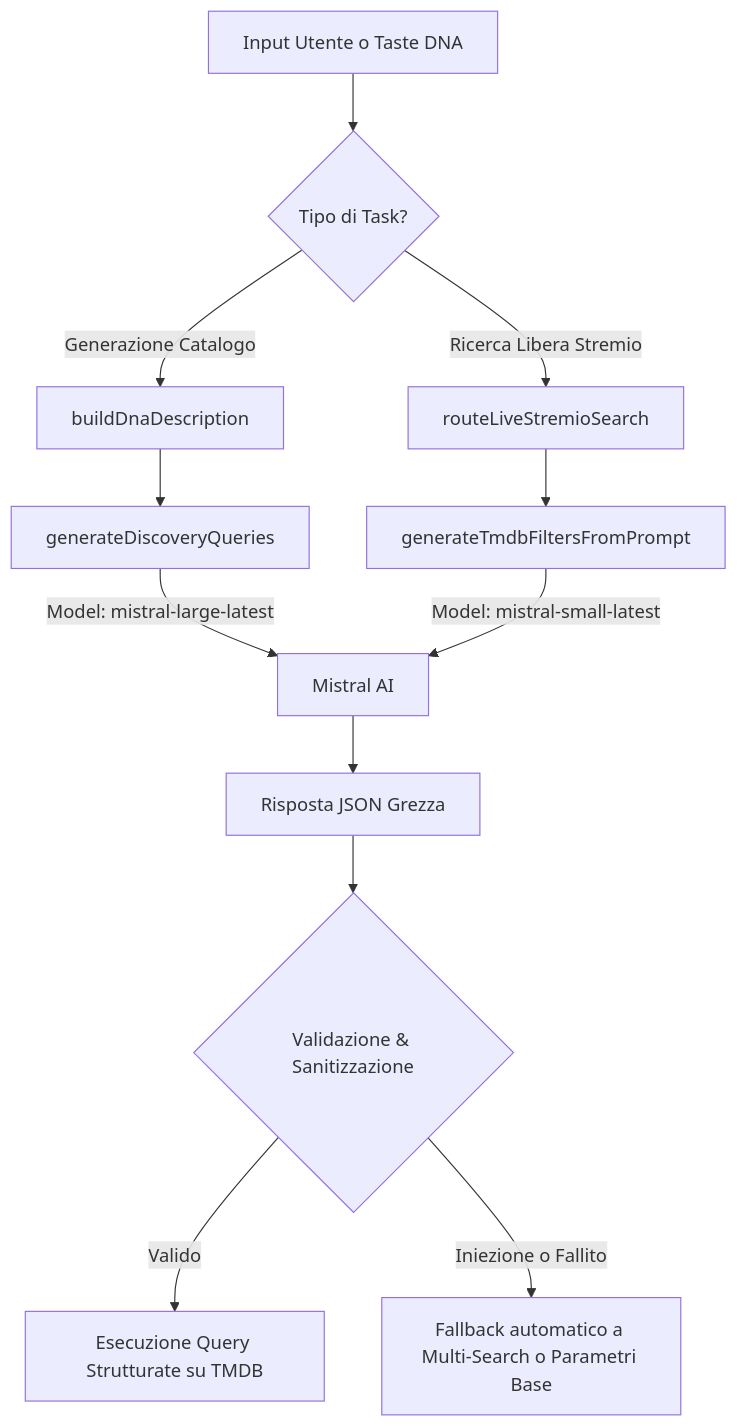
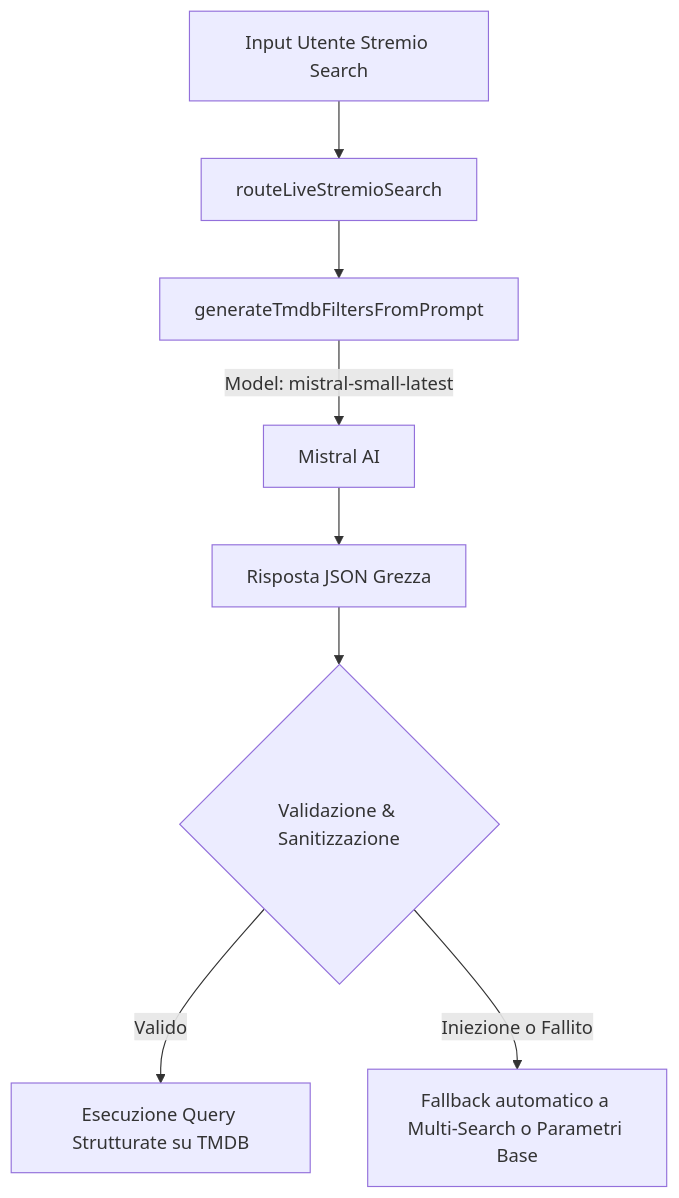
Before and after one commit to gabrielefuoco/YACA: the diagram in docs/AI_ENGINE.md, drawn with Mermaid. The commit also changed other lines of this file and 12 other files, not shown here.

````diff
--- a/docs/AI_ENGINE.md
+++ b/docs/AI_ENGINE.md
@@ -18,17 +19,10 @@
 ```mermaid
 graph TD
-    A[Input Utente o Taste DNA] --> B{Tipo di Task?}
-    B -->|Generazione Catalogo| C[buildDnaDescription]
-    B -->|Ricerca Libera Stremio| D[routeLiveStremioSearch]
-    
-    C --> E[generateDiscoveryQueries]
-    E -->|Model: mistral-large-latest| F[Mistral AI]
-    
-    D --> G[generateTmdbFiltersFromPrompt]
-    G -->|Model: mistral-small-latest| F
-    
-    F --> H[Risposta JSON Grezza]
-    H --> I{Validazione & Sanitizzazione}
-    I -->|Valido| J[Esecuzione Query Strutturate su TMDB]
-    I -->|Iniezione o Fallito| K[Fallback automatico a Multi-Search o Parametri Base]
+    A[Input Utente Stremio Search] --> B[routeLiveStremioSearch]
+    B --> C[generateTmdbFiltersFromPrompt]
+    C -->|Model: mistral-small-latest| D[Mistral AI]
+    D --> E[Risposta JSON Grezza]
+    E --> F{Validazione & Sanitizzazione}
+    F -->|Valido| G[Esecuzione Query Strutturate su TMDB]
+    F -->|Iniezione o Fallito| H[Fallback automatico a Multi-Search o Parametri Base]
 ```
````
